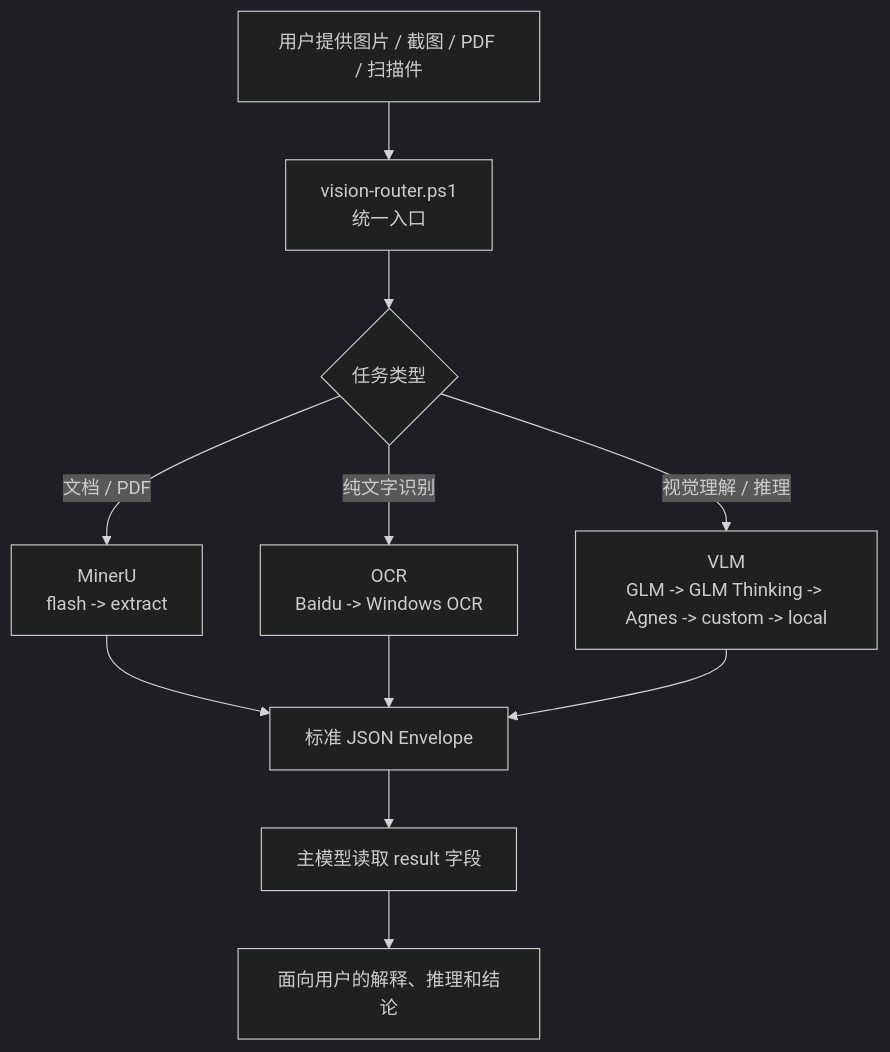
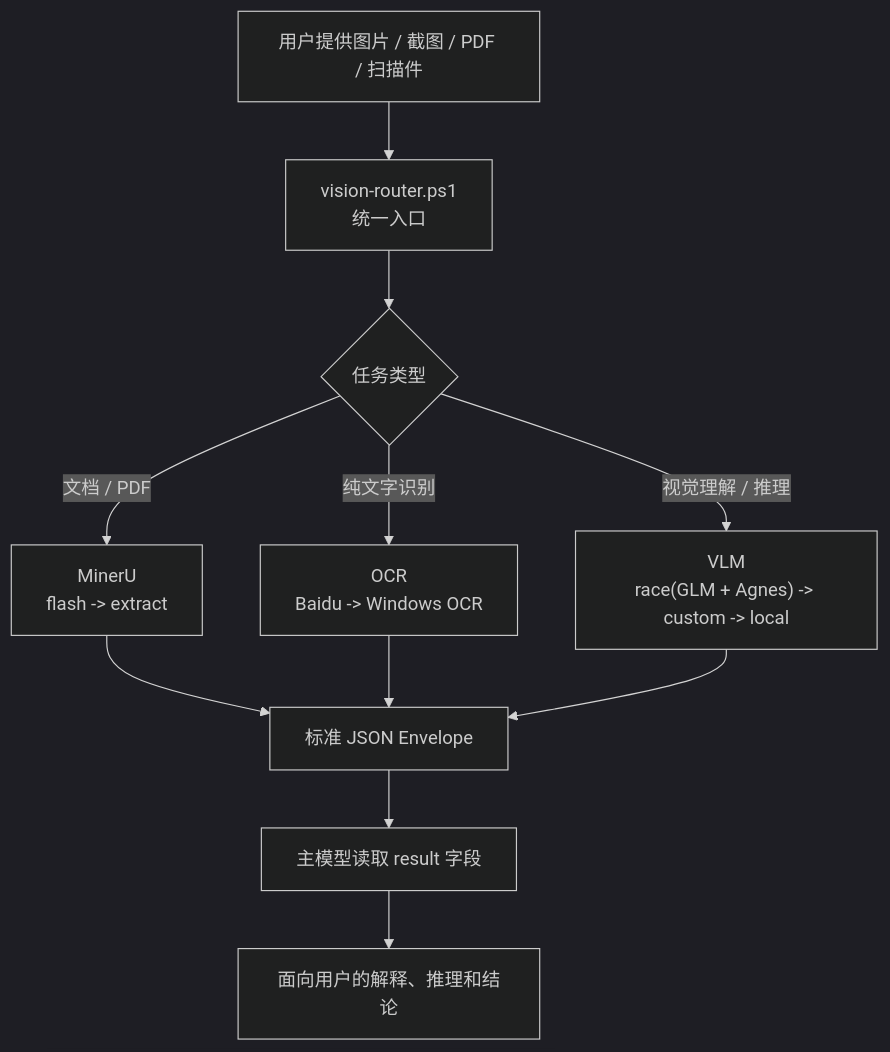
The diagram in README.md (Sorwcyra/ds-vision-skill), drawn with Mermaid (dark theme) before and after one commit. The commit also changed other lines of this file and 6 other files, not shown here.

````diff
--- a/README.md
+++ b/README.md
@@ -14,13 +14,13 @@
 ```mermaid
 flowchart TD
     A["用户提供图片 / 截图 / PDF / 扫描件"] --> B["vision-router.ps1<br/>统一入口"]
     B --> C{"任务类型"}
     C -->|文档 / PDF| D["MinerU<br/>flash -> extract"]
     C -->|纯文字识别| E["OCR<br/>Baidu -> Windows OCR"]
-    C -->|视觉理解 / 推理| F["VLM<br/>GLM -> GLM Thinking -> Agnes -> custom -> local"]
+    C -->|视觉理解 / 推理| F["VLM<br/>race(GLM + Agnes) -> custom -> local"]
     D --> G["标准 JSON Envelope"]
     E --> G
     F --> G
     G --> H["主模型读取 result 字段"]
     H --> I["面向用户的解释、推理和结论"]
 ```
````
